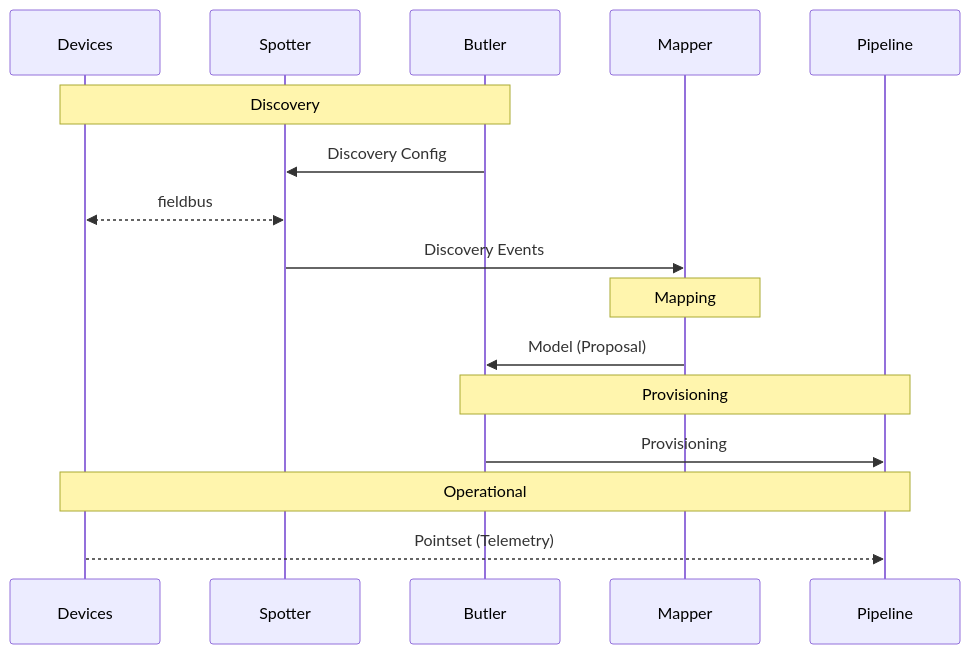
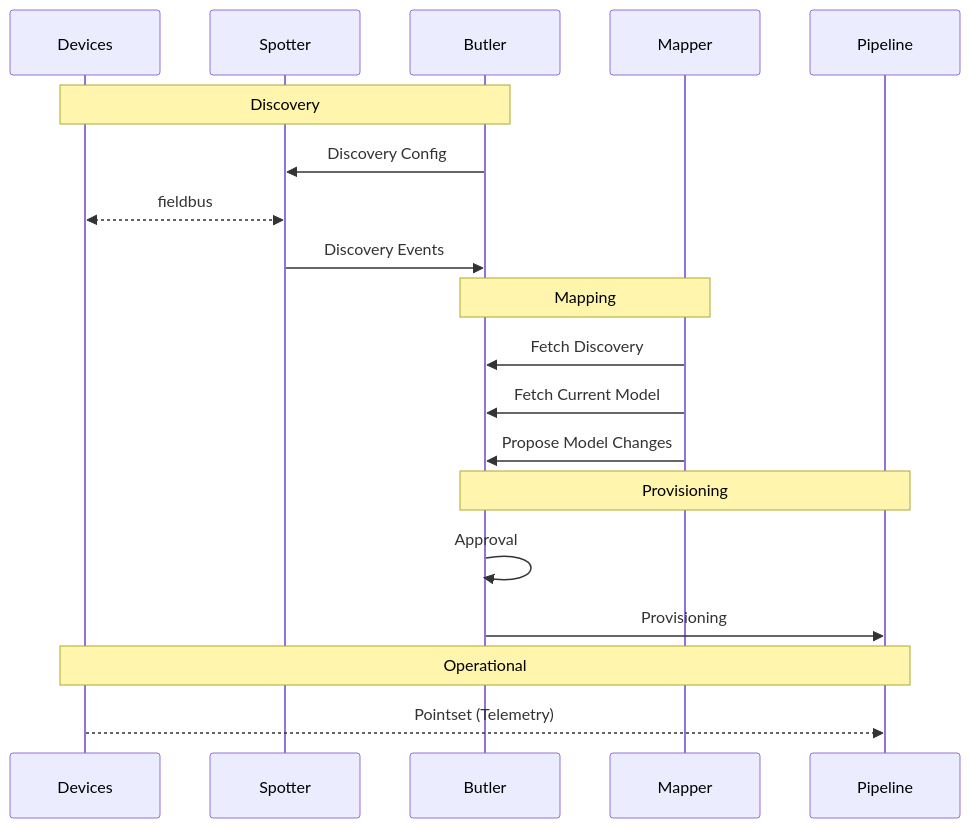
One commit to grafnu/udmi changed the second of 2 diagrams in docs/specs/onboarding.md. Above: the diagram before and after it, drawn with Mermaid.

Commit message:
Update onboarding sequence diagram with model fetch, proposal, and approval flows

````diff
--- a/docs/specs/onboarding.md
+++ b/docs/specs/onboarding.md
@@ -57,19 +57,22 @@
 ```mermaid
 sequenceDiagram
   %%{wrap}%%
   participant Devices
   participant Spotter
   participant Butler
   participant Mapper
   participant Pipeline
   Note over Devices, Butler: Discovery
   Butler->>Spotter: Discovery Config
   Devices<<-->>Spotter: fieldbus
-  Spotter->>Mapper: Discovery Events
-  Note over Mapper: Mapping
-  Mapper->>Butler: Model (Proposal)
+  Spotter->>Butler: Discovery Events
+  Note over Butler, Mapper: Mapping
+  Mapper->>Butler: Fetch Discovery
+  Mapper->>Butler: Fetch Current Model
+  Mapper->>Butler: Propose Model Changes
   Note over Butler, Pipeline: Provisioning
+  Butler->>Butler: Approval
   Butler->>Pipeline: Provisioning
   Note over Devices, Pipeline: Operational
   Devices-->>Pipeline: Pointset (Telemetry)
 ```
````
